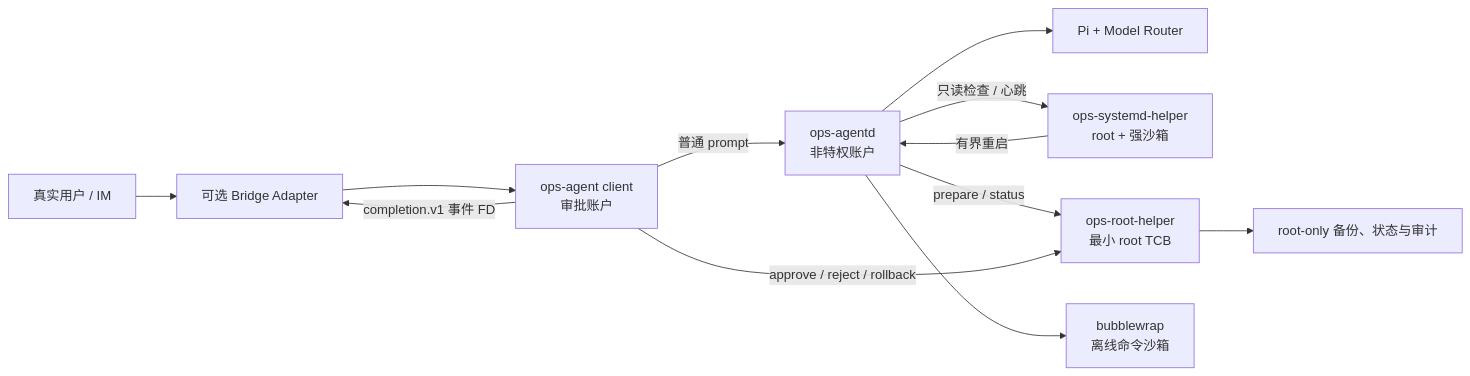
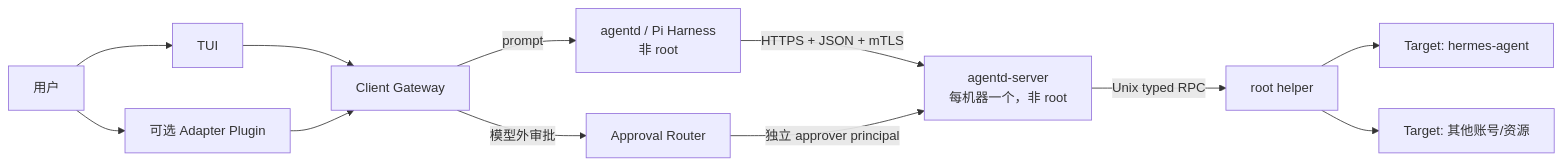
Before and after one commit to KiritoKing/pi-ops-agent: the diagram in README.md, drawn with Mermaid. The commit also changed other lines of this file and 85 other files, not shown here.

````diff
--- a/README.md
+++ b/README.md
@@ -35,14 +34,14 @@
 ```mermaid
 flowchart LR
-  U["真实用户 / IM"] --> B["可选 Bridge Adapter"]
-  B --> C["ops-agent client\n审批账户"]
-  C -->|"普通 prompt"| A["ops-agentd\n非特权账户"]
-  A --> P["Pi + Model Router"]
-  A -->|"只读检查 / 心跳"| S["ops-systemd-helper\nroot + 强沙箱"]
-  A -->|"prepare / status"| R["ops-root-helper\n最小 root TCB"]
-  C -->|"approve / reject / rollback"| R
-  R --> D["root-only 备份、状态与审计"]
-  A --> W["bubblewrap\n离线命令沙箱"]
-  S -->|"有界重启"| A
-  C -->|"completion.v1 事件 FD"| B
+  U["用户"] --> T["TUI"]
+  U --> I["可选 Adapter Plugin"]
+  T --> G["Client Gateway"]
+  I --> G
+  G -->|"prompt"| A["agentd / Pi Harness\n非 root"]
+  G -->|"模型外审批"| P["Approval Router"]
+  A -->|"HTTPS + JSON + mTLS"| S["agentd-server\n每机器一个，非 root"]
+  P -->|"独立 approver principal"| S
+  S -->|"Unix typed RPC"| R["root helper"]
+  R --> T1["Target: hermes-agent"]
+  R --> T2["Target: 其他账号/资源"]
 ```
````
